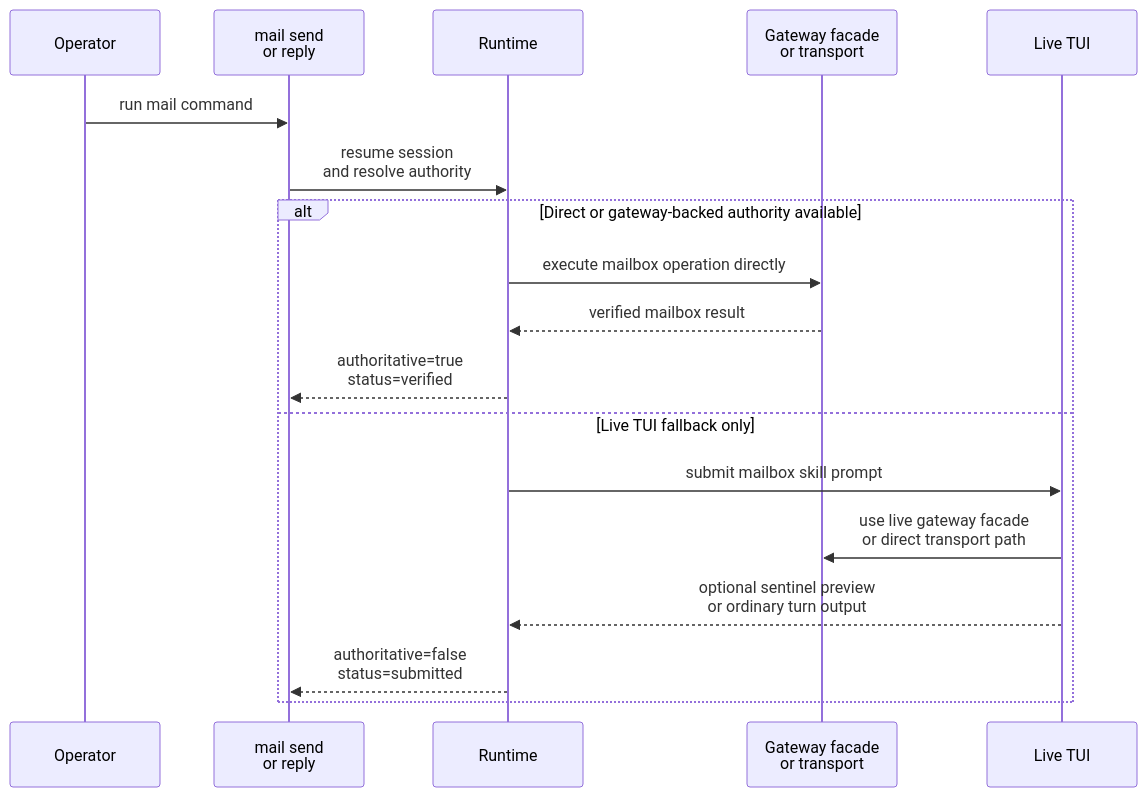
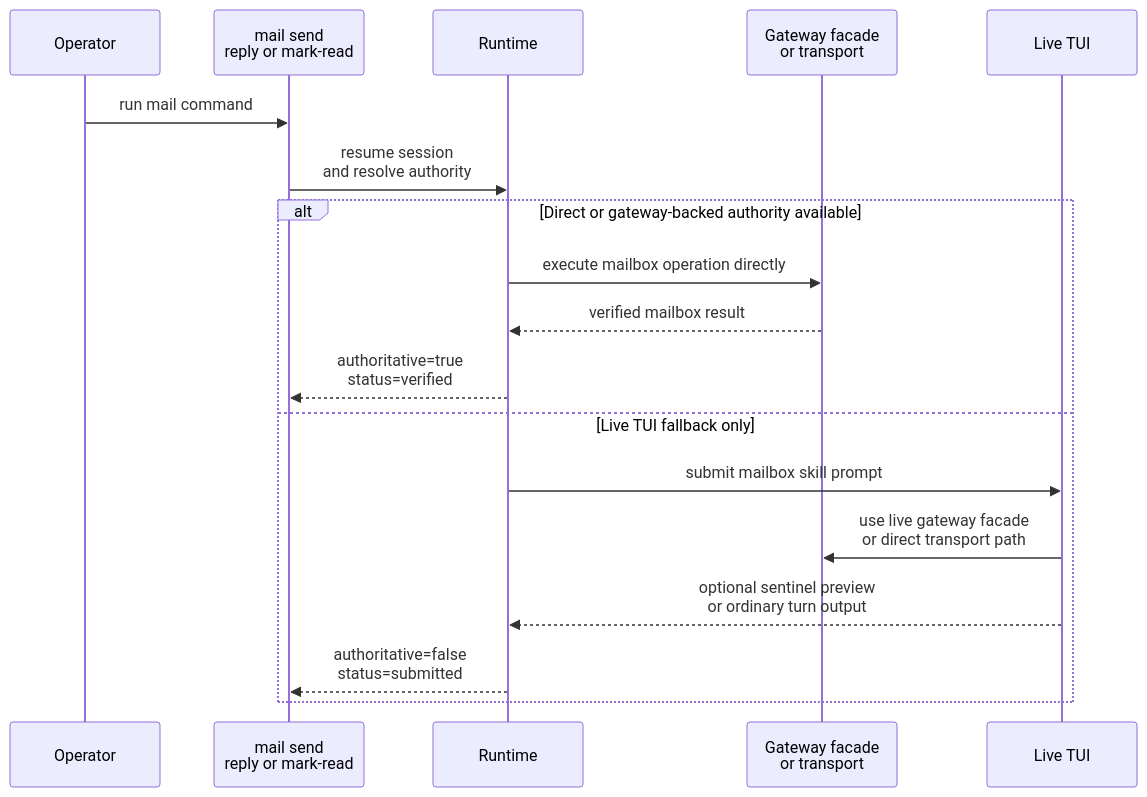
Before and after one commit to igamenovoer/houmao: the second of 2 diagrams in docs/reference/mailbox/quickstart.md, drawn with Mermaid. The commit also changed other lines of this file and 33 other files, not shown here.

````diff
--- a/docs/reference/mailbox/quickstart.md
+++ b/docs/reference/mailbox/quickstart.md
@@ -179,20 +205,20 @@
 ```mermaid
 sequenceDiagram
     participant Op as Operator
-    participant CLI as mail send<br/>or reply
+    participant CLI as mail send<br/>reply or mark-read
     participant RT as Runtime
     participant MB as Gateway facade<br/>or transport
     participant Ses as Live TUI
     Op->>CLI: run mail command
     CLI->>RT: resume session<br/>and resolve authority
     alt Direct or gateway-backed authority available
         RT->>MB: execute mailbox operation directly
         MB-->>RT: verified mailbox result
         RT-->>CLI: authoritative=true<br/>status=verified
     else Live TUI fallback only
         RT->>Ses: submit mailbox skill prompt
         Ses->>MB: use live gateway facade<br/>or direct transport path
         Ses-->>RT: optional sentinel preview<br/>or ordinary turn output
         RT-->>CLI: authoritative=false<br/>status=submitted
     end
 ```
````
